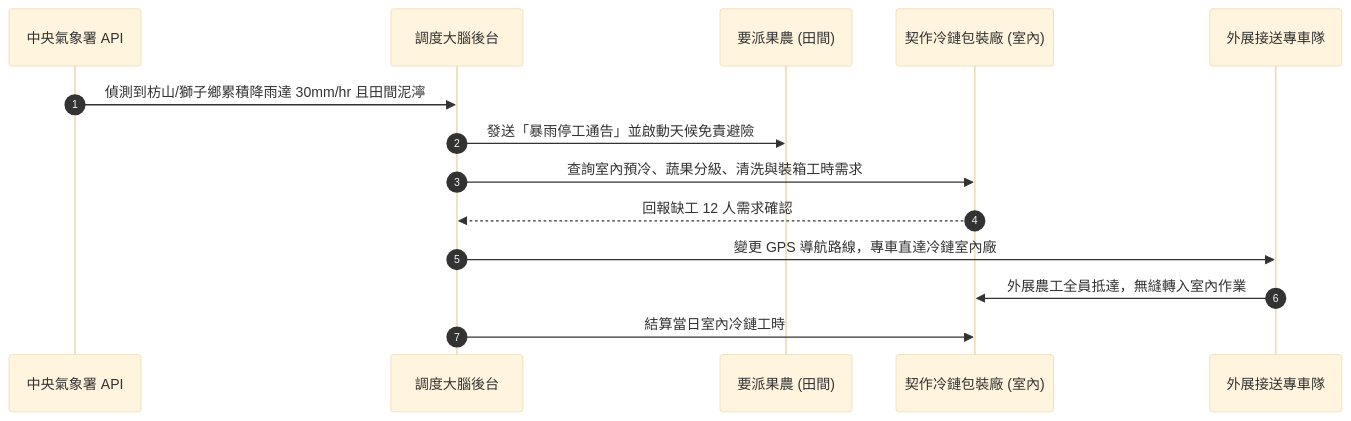
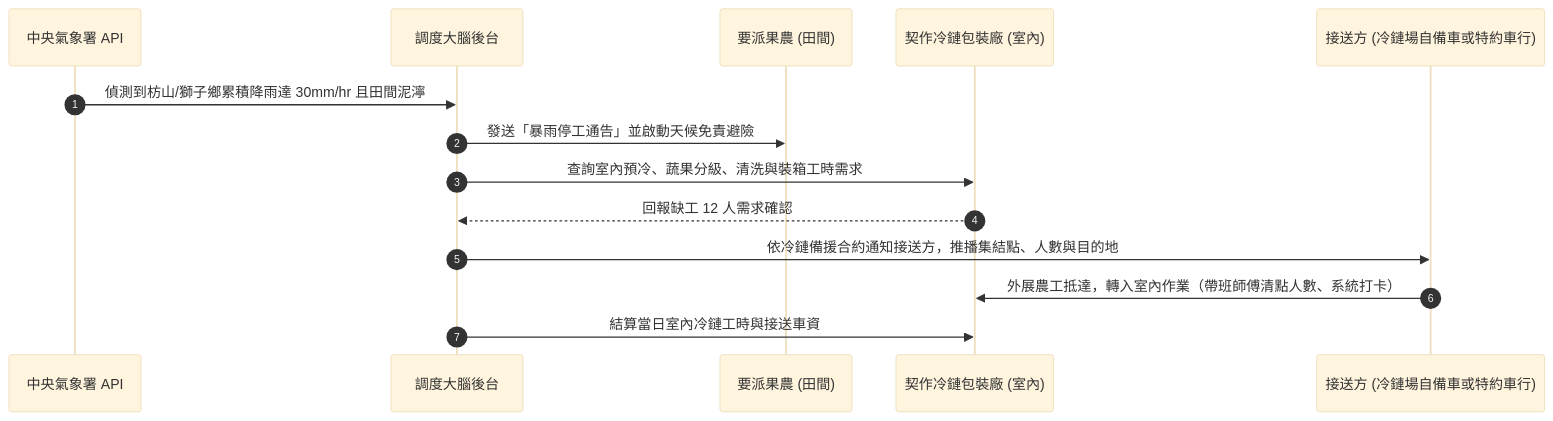
Before and after one commit to xx8888x/agridispatch: the second of 2 diagrams in 01_商業與營運計畫/03_智農派工_營運與外展機構計畫書_實戰落地完整版.md, drawn with Mermaid (base theme). The commit also changed other lines of this file and 1 other file, not shown here.

````diff
--- a/01_商業與營運計畫/03_智農派工_營運與外展機構計畫書_實戰落地完整版.md
+++ b/01_商業與營運計畫/03_智農派工_營運與外展機構計畫書_實戰落地完整版.md
@@ -90,17 +90,17 @@
 ```mermaid
 sequenceDiagram
     autonumber
     participant Weather as 中央氣象署 API
     participant Engine as 調度大腦後台
     participant Farmer as 要派果農 (田間)
     participant ColdChain as 契作冷鏈包裝廠 (室內)
-    participant Van as 外展接送專車隊
+    participant Driver as 接送方 (冷鏈場自備車或特約車行)
 
     Weather->>Engine: 偵測到枋山/獅子鄉累積降雨達 30mm/hr 且田間泥濘
     Engine->>Farmer: 發送「暴雨停工通告」並啟動天候免責避險
     Engine->>ColdChain: 查詢室內預冷、蔬果分級、清洗與裝箱工時需求
     ColdChain-->>Engine: 回報缺工 12 人需求確認
-    Engine->>Van: 變更 GPS 導航路線，專車直達冷鏈室內廠
-    Van->>ColdChain: 外展農工全員抵達，無縫轉入室內作業
-    Engine->>ColdChain: 結算當日室內冷鏈工時
+    Engine->>Driver: 依冷鏈備援合約通知接送方，推播集結點、人數與目的地
+    Driver->>ColdChain: 外展農工抵達，轉入室內作業（帶班師傅清點人數、系統打卡）
+    Engine->>ColdChain: 結算當日室內冷鏈工時與接送車資
 ```
````
